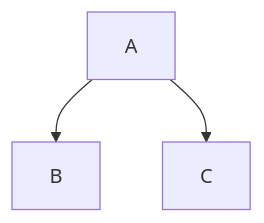
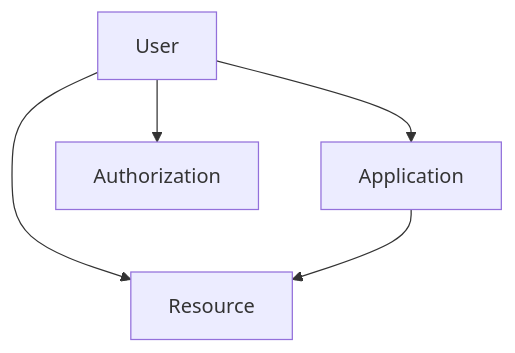
The diagram in security.md (joewood/compendium), drawn with Mermaid before and after one commit. The commit also changed 1 other file, not shown here.

````diff
--- a/security.md
+++ b/security.md
@@ -9,5 +9,7 @@
-<div class="mermaid">
+```mermaid
 graph TD
-    A-->B;
-    A-->C;
-</div>
+    User-->Application;
+    User-->Authorization;
+    User-->Resource;
+    Application-->Resource;
+```
````
